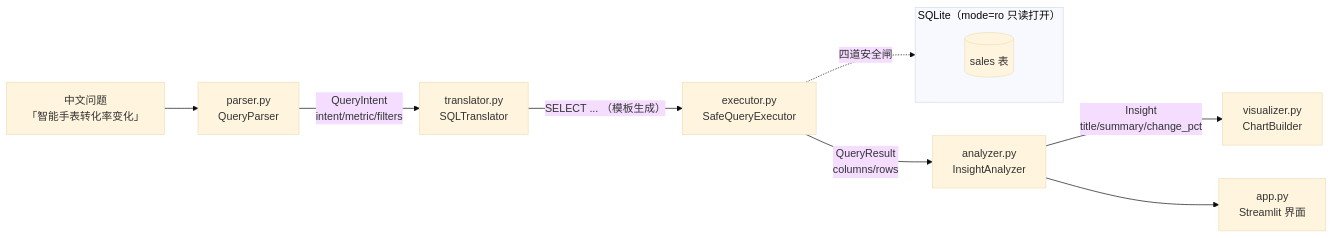
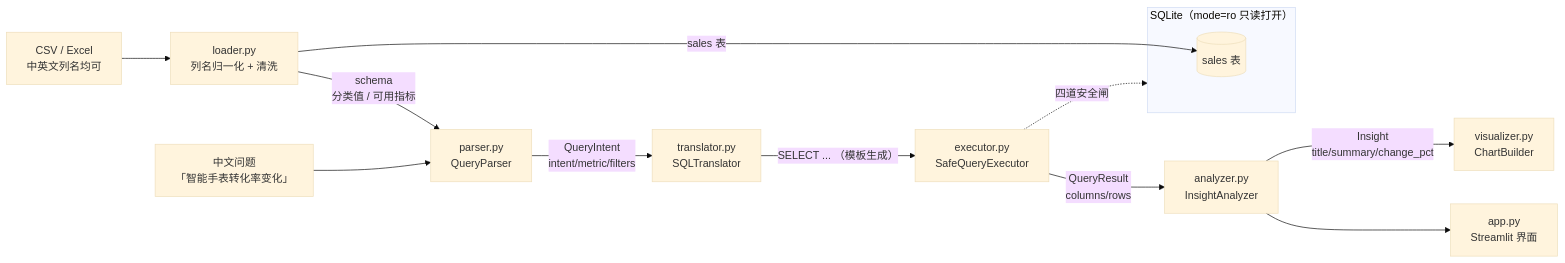
The diagram in README.md (ghb-onb/InsightAgent), drawn with Mermaid (base theme) before and after one commit. The commit also changed other lines of this file, not shown here.

````diff
--- a/README.md
+++ b/README.md
@@ -41,14 +42,17 @@
 ```mermaid
 flowchart LR
+    F["CSV / Excel<br/>中英文列名均可"] --> L["loader.py<br/>列名归一化 + 清洗"]
+    L -->|"sales 表"| S
+    L -->|"schema<br/>分类值 / 可用指标"| P
     Q["中文问题<br/>「智能手表转化率变化」"] --> P["parser.py<br/>QueryParser"]
     P -->|QueryIntent<br/>intent/metric/filters| T["translator.py<br/>SQLTranslator"]
     T -->|"SELECT ... （模板生成）"| E["executor.py<br/>SafeQueryExecutor"]
     E -->|QueryResult<br/>columns/rows| A["analyzer.py<br/>InsightAnalyzer"]
     A -->|Insight<br/>title/summary/change_pct| V["visualizer.py<br/>ChartBuilder"]
     A --> APP["app.py<br/>Streamlit 界面"]
 
     subgraph DB["SQLite（mode=ro 只读打开）"]
         S[(sales 表)]
     end
     E -.->|四道安全闸| DB
 ```
````
